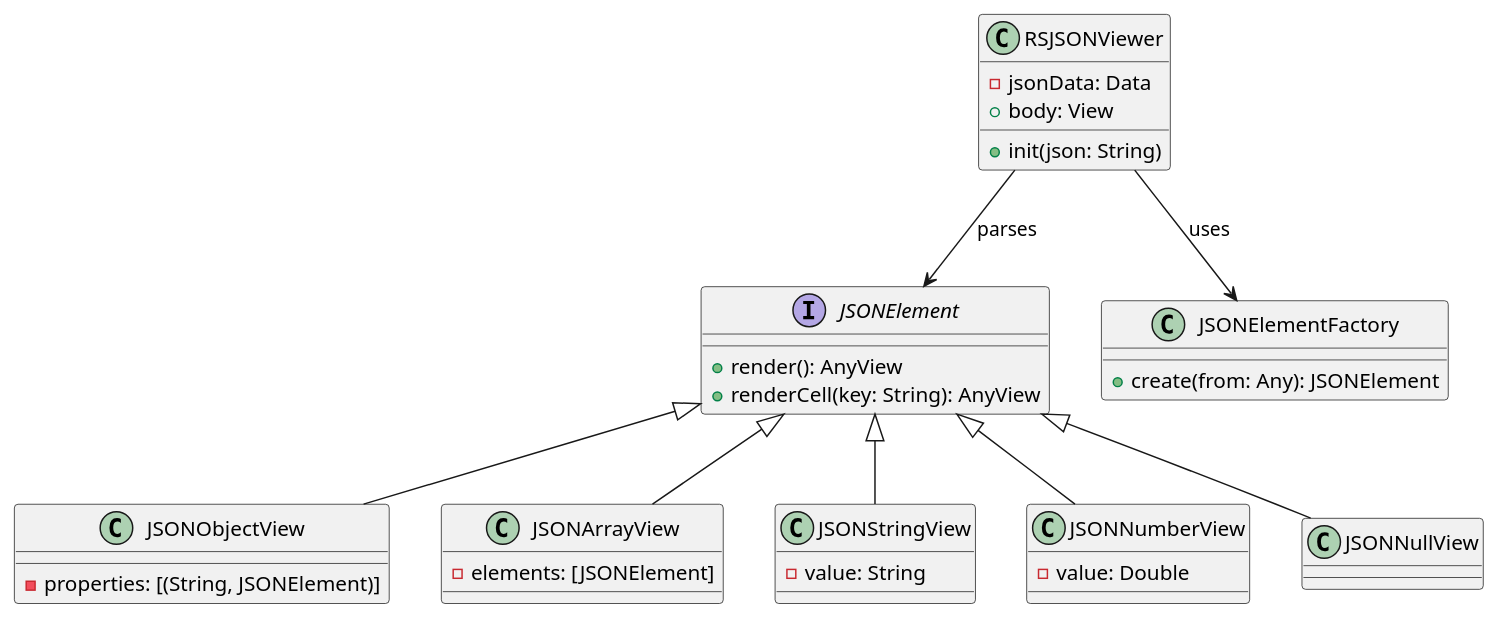
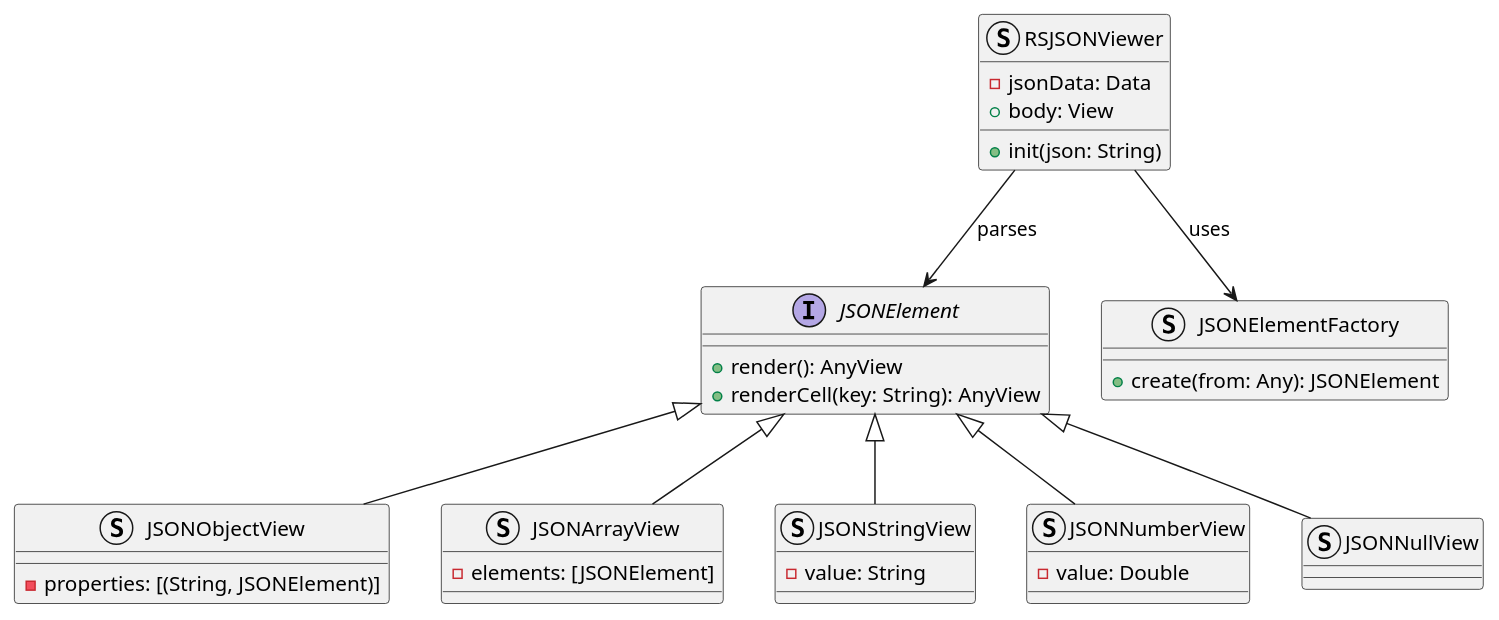
One commit to rodrigosoldi/RSJSONViewer changed the diagram in diagrams/uml.wsd. Above: the diagram before and after it, drawn with PlantUML. The commit also changed 1 other file, not shown here.

Commit message:
update: svg uml diagram file

```diff
--- a/diagrams/uml.wsd
+++ b/diagrams/uml.wsd
@@ -1,44 +1,44 @@
 @startuml
-class RSJSONViewer {
+struct RSJSONViewer {
     - jsonData: Data
     + init(json: String)
     + body: View
 }
 
 interface JSONElement {
     + render(): AnyView
     + renderCell(key: String): AnyView
 }
 
-class JSONObjectView {
+struct JSONObjectView {
     - properties: [(String, JSONElement)]
 }
 
-class JSONArrayView {
+struct JSONArrayView {
     - elements: [JSONElement]
 }
 
-class JSONStringView {
+struct JSONStringView {
     - value: String
 }
 
-class JSONNumberView {
+struct JSONNumberView {
     - value: Double
 }
 
-class JSONNullView {
+struct JSONNullView {
     
 }
 
-class JSONElementFactory {
+struct JSONElementFactory {
     + create(from: Any): JSONElement
 }
 
 RSJSONViewer --> JSONElementFactory : "uses"
 RSJSONViewer --> JSONElement : "parses"
 JSONElement <|-- JSONObjectView
 JSONElement <|-- JSONArrayView
 JSONElement <|-- JSONStringView
 JSONElement <|-- JSONNumberView
 JSONElement <|-- JSONNullView
 @enduml
```
